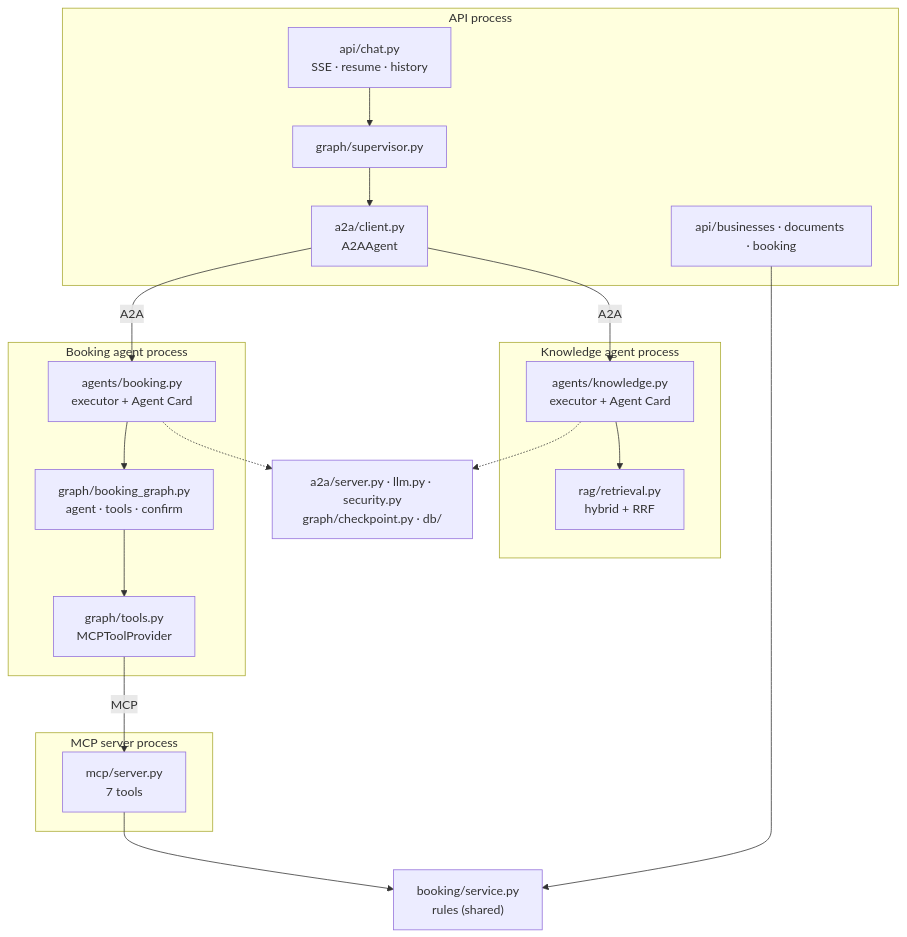
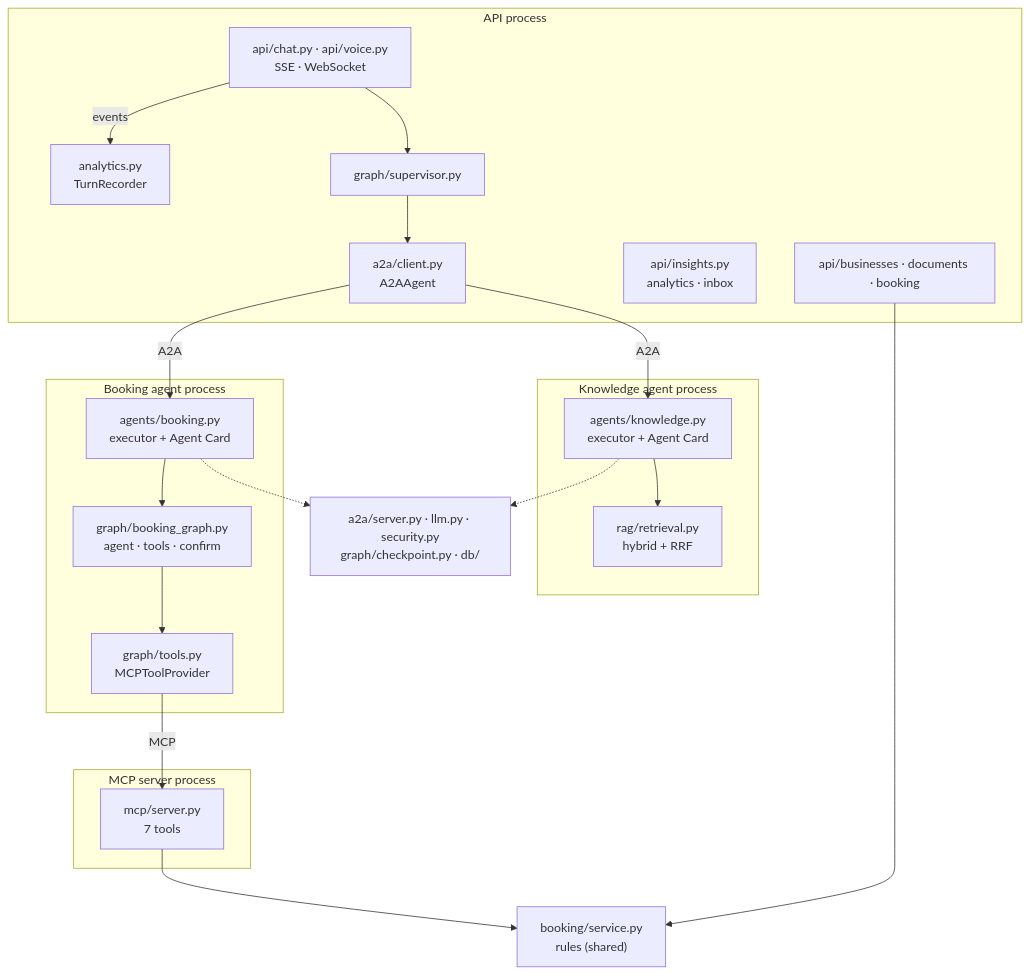
The third of 10 diagrams in docs/ARCHITECTURE.md (yash6388/voxdesk), drawn with Mermaid before and after one commit. The commit also changed other lines of this file and 36 other files, not shown here.

First line of the commit message:
feat: analytics dashboard, human handoff and inbox

````diff
--- a/docs/ARCHITECTURE.md
+++ b/docs/ARCHITECTURE.md
@@ -127,34 +127,37 @@
 ```mermaid
 flowchart TB
     subgraph apiproc["API process"]
-        chat["api/chat.py<br/>SSE · resume · history"]
+        chat["api/chat.py · api/voice.py<br/>SSE · WebSocket"]
+        rec["analytics.py<br/>TurnRecorder"]
         rest["api/businesses · documents · booking"]
+        ins["api/insights.py<br/>analytics · inbox"]
         sup["graph/supervisor.py"]
         client["a2a/client.py<br/>A2AAgent"]
     end
     subgraph kproc["Knowledge agent process"]
         kexec["agents/knowledge.py<br/>executor + Agent Card"]
         ret["rag/retrieval.py<br/>hybrid + RRF"]
     end
     subgraph bproc["Booking agent process"]
         bexec["agents/booking.py<br/>executor + Agent Card"]
         bgraph["graph/booking_graph.py<br/>agent · tools · confirm"]
         tools["graph/tools.py<br/>MCPToolProvider"]
     end
     subgraph mproc["MCP server process"]
         mcp["mcp/server.py<br/>7 tools"]
     end
     svc["booking/service.py<br/>rules (shared)"]
     shared["a2a/server.py · llm.py · security.py<br/>graph/checkpoint.py · db/"]
 
     chat --> sup --> client
+    chat -- "events" --> rec
     client -- A2A --> kexec
     client -- A2A --> bexec
     kexec --> ret
     bexec --> bgraph --> tools
     tools -- MCP --> mcp
     mcp --> svc
     rest --> svc
     kexec -.-> shared
     bexec -.-> shared
 ```
````
